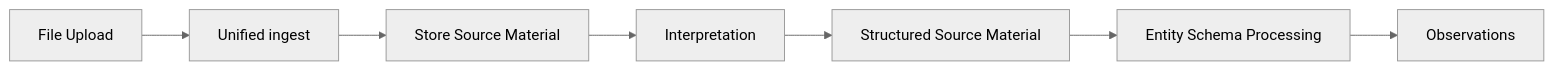
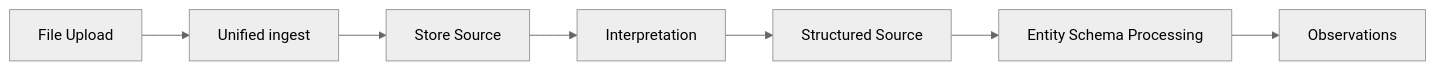
One commit to markmhendrickson/neotoma changed the second of 3 diagrams in docs/architecture/source_material_model.md. Above: the diagram before and after it, drawn with Mermaid. The commit also changed other lines of this file and 6696 other files, not shown here.

````diff
--- a/docs/architecture/source_material_model.md
+++ b/docs/architecture/source_material_model.md
@@ -181,17 +181,17 @@
 ```mermaid
 %%{init: {'theme':'neutral'}}%%
 flowchart LR
     File[File Upload]
     Ingest[Unified ingest]
-    Store[Store Source Material]
+    Store[Store Source]
     Interpret[Interpretation]
-    Structured[Structured Source Material]
+    Structured[Structured Source]
     Schema[Entity Schema Processing]
     Obs[Observations]
     File --> Ingest
     Ingest --> Store
     Store --> Interpret
     Interpret --> Structured
     Structured --> Schema
     Schema --> Obs
 ```
````
